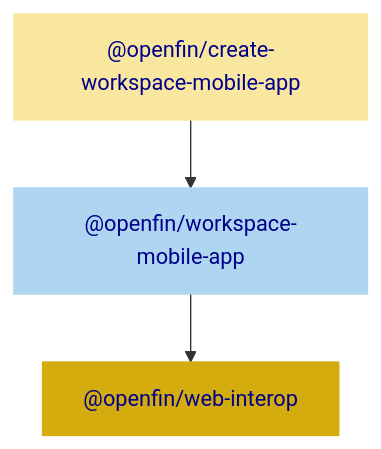
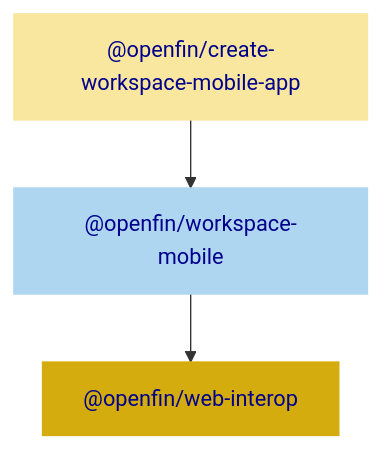
The diagram in how-to/hints-and-tips/docs/create-workspace-mobile-app.md (built-on-openfin/workspace-starter), drawn with Mermaid before and after one commit. The commit also changed other lines of this file, not shown here.

Commit message:
Update mobiile-workspace name and add a section about upgrades

````diff
--- a/how-to/hints-and-tips/docs/create-workspace-mobile-app.md
+++ b/how-to/hints-and-tips/docs/create-workspace-mobile-app.md
@@ -31,8 +31,8 @@
 ```mermaid
 graph TD
     style A fill:#F9E79F,stroke:#F9E79F,color:#00008B;
     style B fill:#AED6F1,stroke:#AED6F1,color:#00008B;
     style C fill:#D4AC0D,stroke:#D4AC0D,color:#00008B;
-    A["@openfin/create-workspace-mobile-app"] --> B["@openfin/workspace-mobile-app"]
+    A["@openfin/create-workspace-mobile-app"] --> B["@openfin/workspace-mobile"]
     B --> C["@openfin/web-interop"]
 ```
````
